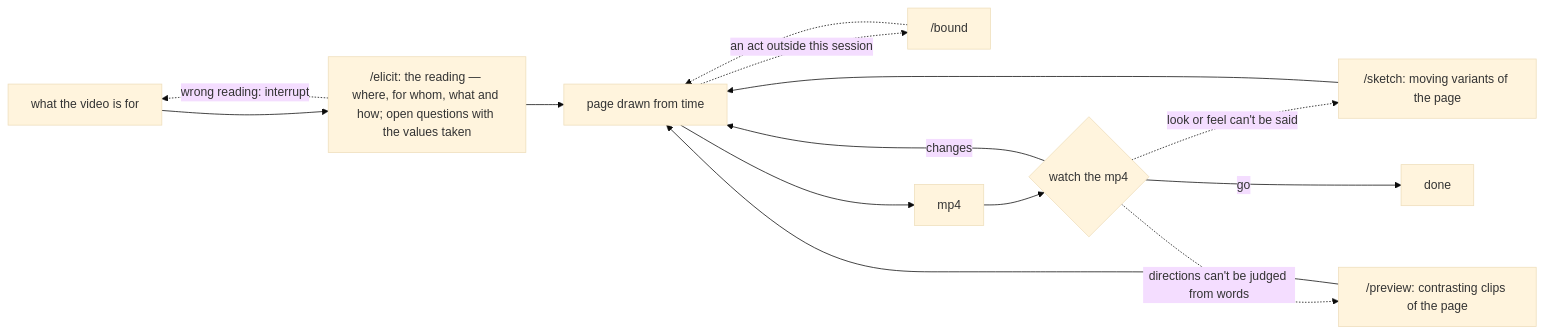
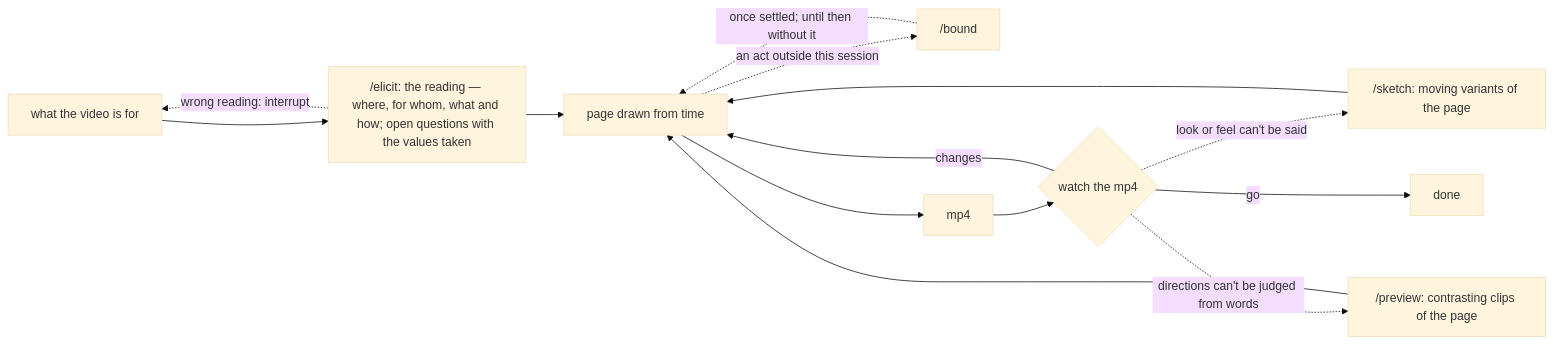
The diagram in motion/README.md (jongwony/cc-plugin), drawn with Mermaid (base theme) before and after one commit. The commit also changed other lines of this file and 2 other files, not shown here.

Commit message:
motion: say the mp4 waits on the person's answer where the turn ends at /bound's map, and draw the act's wait in the README (0.18.7)
Answers the round-3 review findings on PR #336.

- A turn that ends at the map, because the render itself needs the
  unsettled act, produced no mp4 and said nothing about the wait. It
  now says that the mp4 waits on the person's answer there.
- "An act nothing settles does not happen" is removed. The sentence
  before it already says the act happens only where the person's turn,
  or a decision of theirs, settles how far it may go.
- In the README, the /bound table row now gives the same flow: the act
  waits until a turn or a decision of theirs settles it, and the turn
  ends at the map where the render needs the act. The diagram labels
  the edge from /bound back to the page "once settled; until then
  without it".

Plan: Linear document 1c2aeef2-3b3d-4c14-81c1-ac47fb55824c, unit 1.

Claude-Session: https://claude.ai/code/session_01K8NVgTLWeeSS8Y9kn5Ps4m

````diff
--- a/motion/README.md
+++ b/motion/README.md
@@ -5,16 +5,16 @@
 ```mermaid
 flowchart LR
   A[what the video is for] --> B["/elicit: the reading — where, for whom, what and how; open questions with the values taken"]
   B -. wrong reading: interrupt .-> A
   B --> P[page drawn from time]
   P -. an act outside this session .-> D["/bound"]
-  D -.-> P
+  D -. once settled; until then without it .-> P
   P --> M[mp4]
   M --> W{watch the mp4}
   W -- changes --> P
   W -. look or feel can't be said .-> S["/sketch: moving variants of the page"]
   W -. directions can't be judged from words .-> V["/preview: contrasting clips of the page"]
   S --> P
   V --> P
   W -- go --> E[done]
 ```
````
